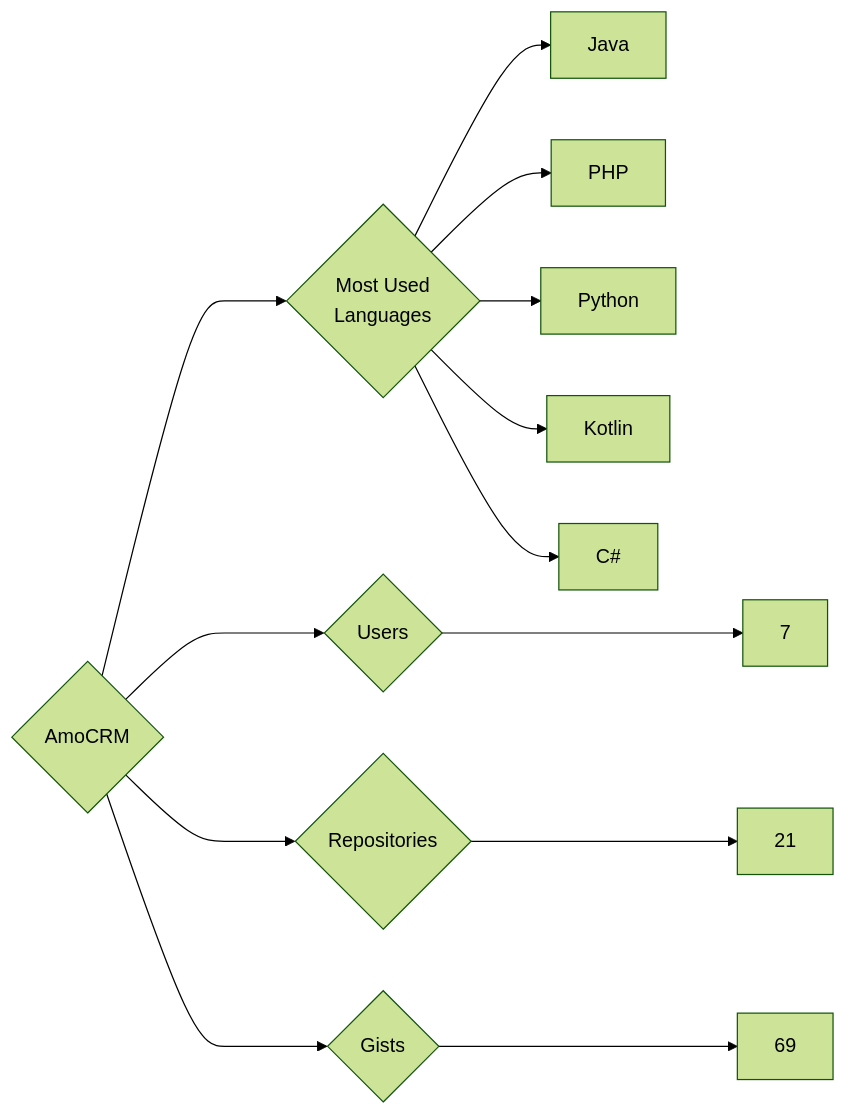
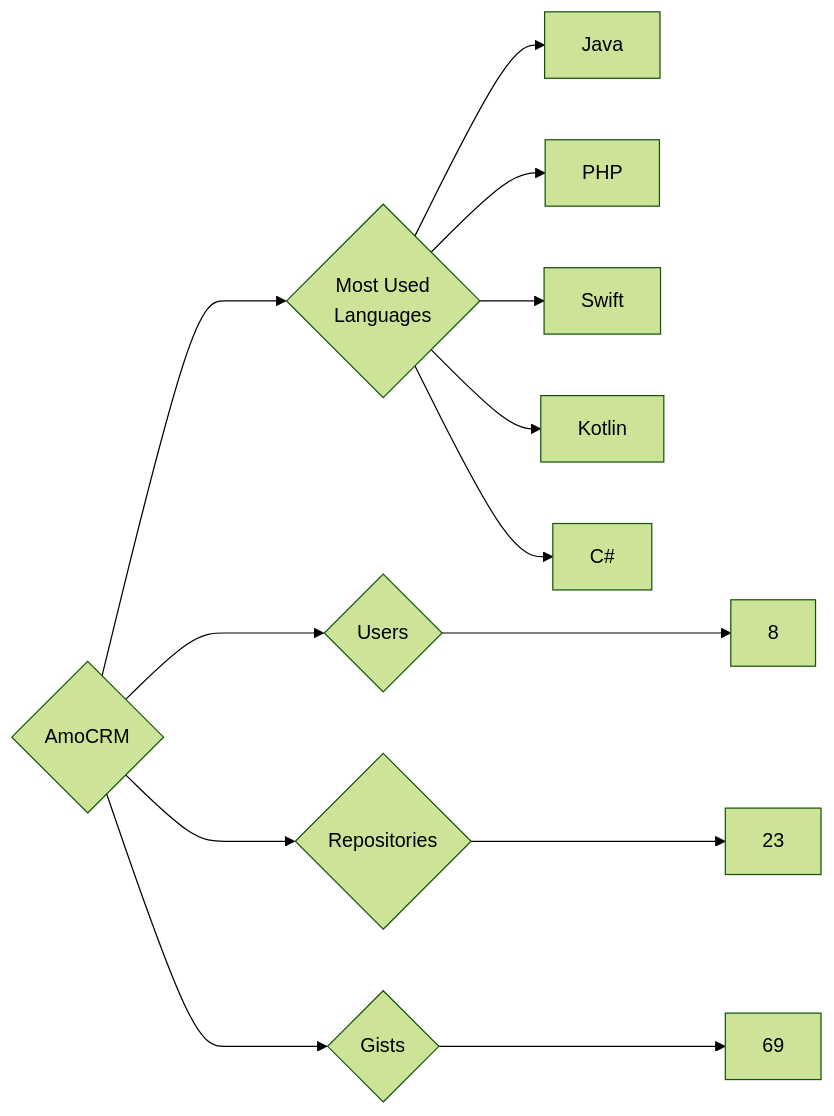
Before and after one commit to trickest/insiders: the diagram in targets/AmoCRM/README.md, drawn with Mermaid (forest theme). The commit also changed 840 other files, not shown here.

````diff
--- a/targets/AmoCRM/README.md
+++ b/targets/AmoCRM/README.md
@@ -3,13 +3,13 @@
 ```mermaid
 graph LR
 COMPANY_NAME{AmoCRM}
-COMPANY_NAME ---> U{Users} ---> UN[7]
-COMPANY_NAME ---> R{Repositories} ---> RN[21]
+COMPANY_NAME ---> U{Users} ---> UN[8]
+COMPANY_NAME ---> R{Repositories} ---> RN[23]
 COMPANY_NAME ---> G{Gists} ---> GN[69]
 COMPANY_NAME ---> ML{Most Used<br>Languages}
 ML --> Java[Java]
 ML --> PHP[PHP]
-ML --> Python[Python]
+ML --> Swift[Swift]
 ML --> Kotlin[Kotlin]
 ML --> C#[C#]
 ```
````
